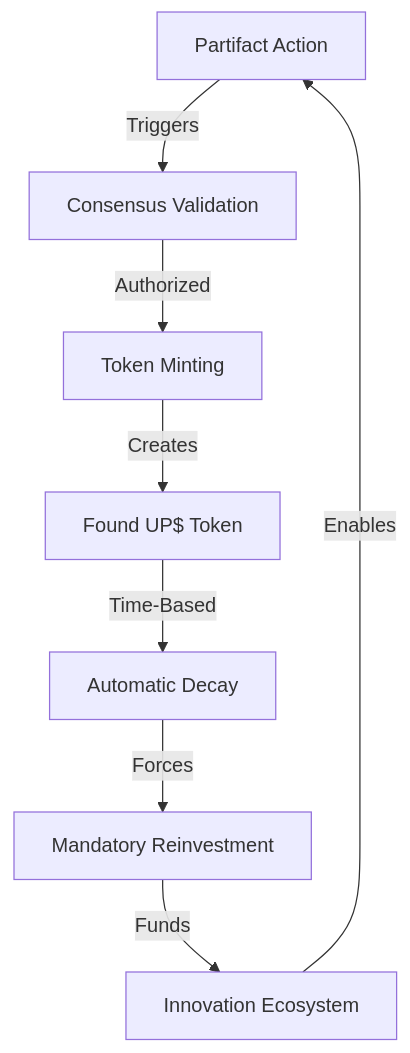
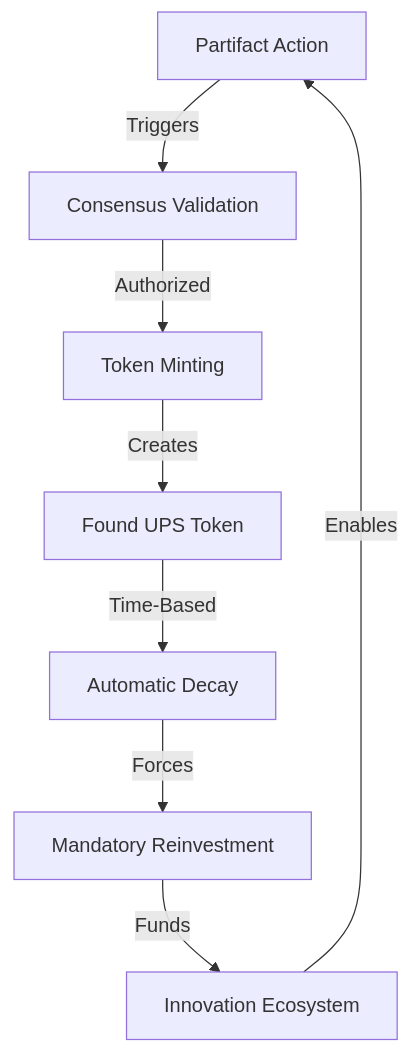
Before and after one commit to Foundup/Foundups-Agent: the fourth of 8 diagrams in WSP_knowledge/docs/Papers/Patent_Series/01_Foundups_Complete_System.md, drawn with Mermaid. The commit also changed other lines of this file and 306 other files, not shown here.

````diff
--- a/WSP_knowledge/docs/Papers/Patent_Series/01_Foundups_Complete_System.md
+++ b/WSP_knowledge/docs/Papers/Patent_Series/01_Foundups_Complete_System.md
@@ -145,10 +145,10 @@
 ```mermaid
 graph TD
     Action[Partifact Action] -->|Triggers| Validation[Consensus Validation]
     Validation -->|Authorized| Mint[Token Minting]
-    Mint -->|Creates| Token[Found UP$ Token]
+    Mint -->|Creates| Token[Found UPS Token]
     Token -->|Time-Based| Decay[Automatic Decay]
     Decay -->|Forces| Reinvest[Mandatory Reinvestment]
     Reinvest -->|Funds| Ecosystem[Innovation Ecosystem]
     Ecosystem -->|Enables| Action
 ```
````
